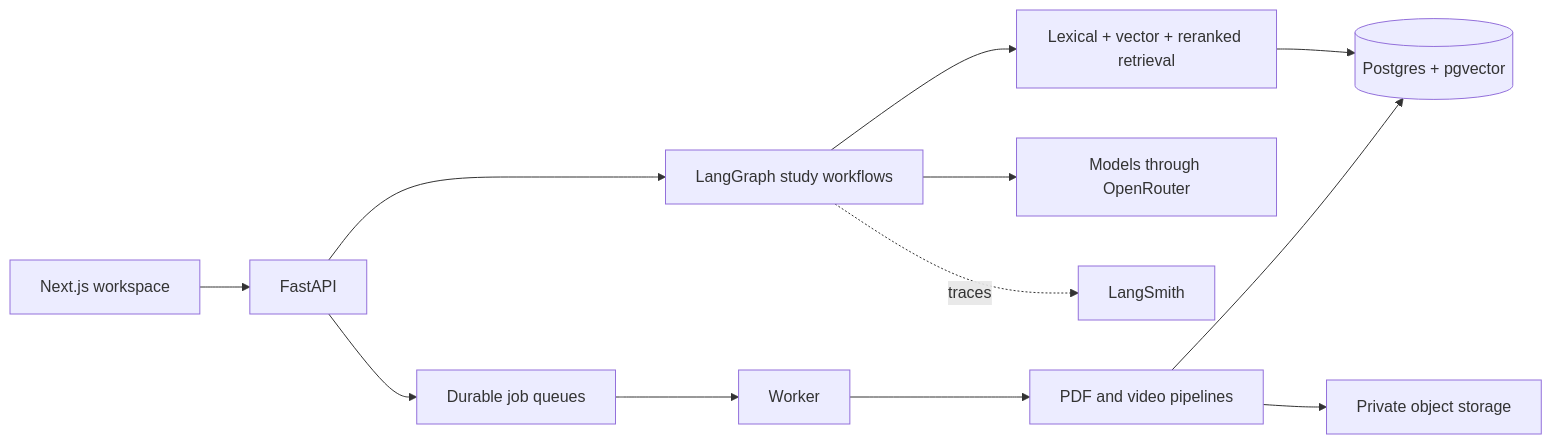
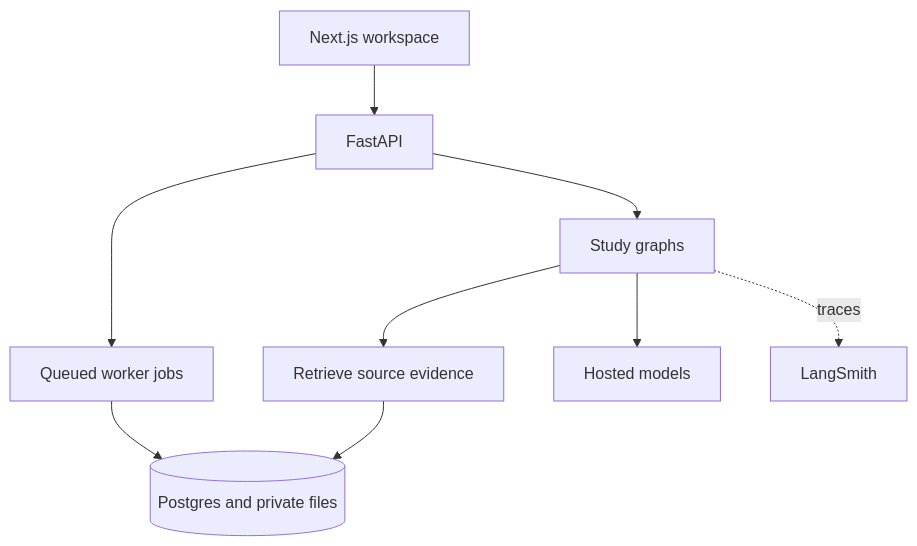
The diagram in README.md (rabhishek100/agentic_study_partner), drawn with Mermaid before and after one commit. The commit also changed other lines of this file and 9 other files, not shown here.

Commit message:
Consolidate concise feature and architecture documentation

````diff
--- a/README.md
+++ b/README.md
@@ -29,14 +25,11 @@
 ```mermaid
-flowchart LR
-    U[Next.js workspace] --> A[FastAPI]
-    A --> G[LangGraph study workflows]
-    A --> Q[Durable job queues]
-    Q --> W[Worker]
-    W --> P[PDF and video pipelines]
-    P --> D[(Postgres + pgvector)]
-    P --> O[Private object storage]
-    G --> R[Lexical + vector + reranked retrieval]
+flowchart TD
+    UI[Next.js workspace] --> API[FastAPI]
+    API --> G[Study graphs]
+    API --> W[Queued worker jobs]
+    W --> D[(Postgres and private files)]
+    G --> R[Retrieve source evidence]
     R --> D
-    G --> M[Models through OpenRouter]
+    G --> M[Hosted models]
     G -. traces .-> L[LangSmith]
 ```
````
